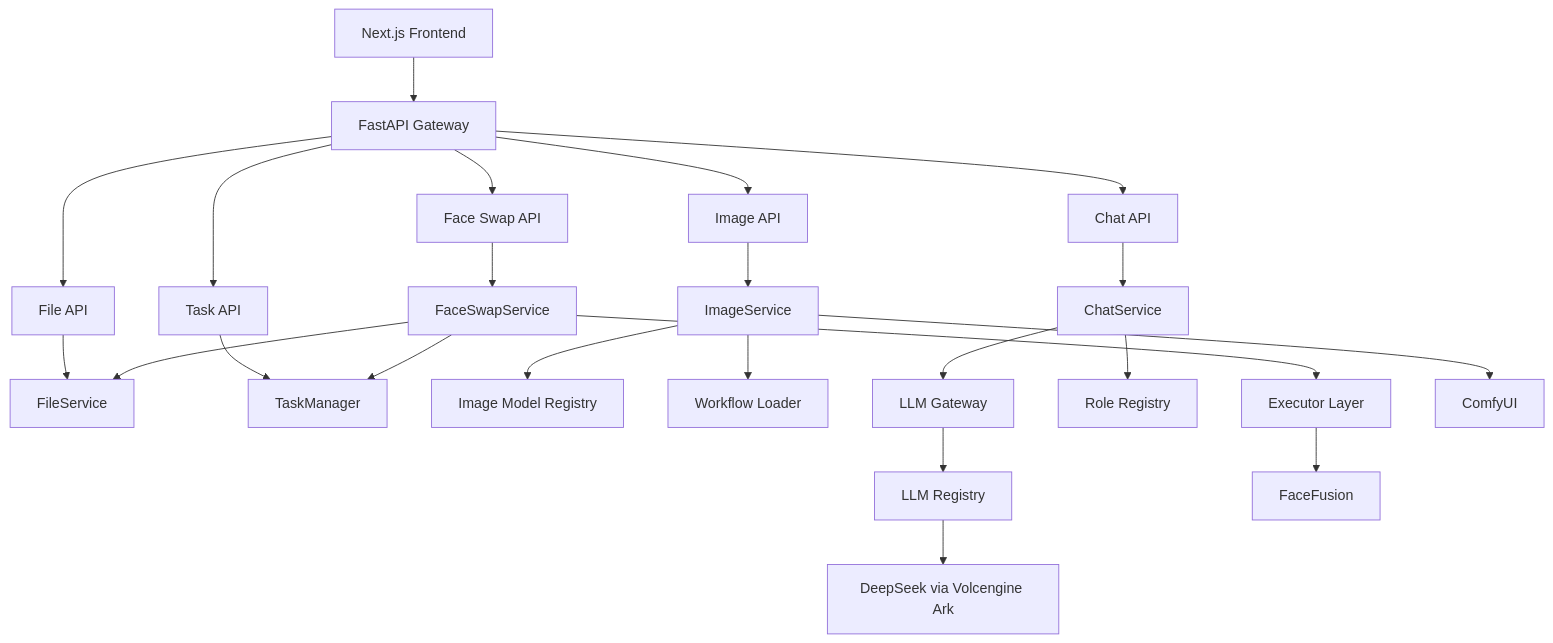
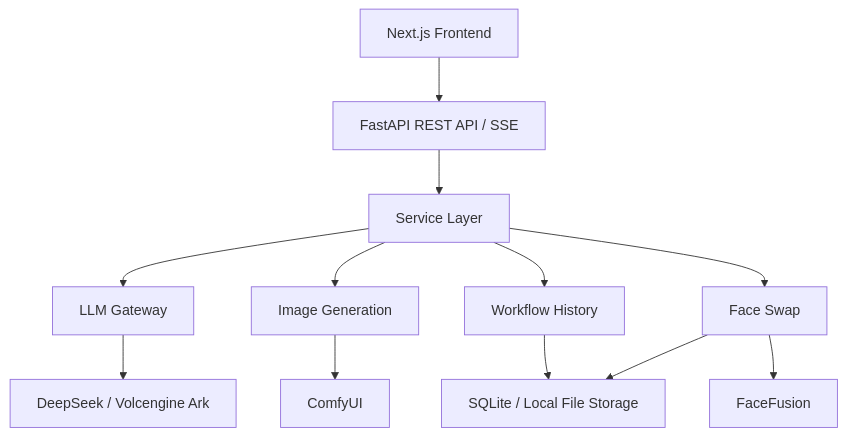
One commit to STAJJJ/AI-Studio changed the diagram in README.md. Above: the diagram before and after it, drawn with Mermaid. The commit also changed other lines of this file and 18 other files, not shown here.

````diff
--- a/README.md
+++ b/README.md
@@ -65,55 +56,26 @@
 ```mermaid
 flowchart TD
     Frontend["Next.js Frontend"]
-    Gateway["FastAPI Gateway"]
-
-    ImageAPI["Image API"]
-    FaceAPI["Face Swap API"]
-    ChatAPI["Chat API"]
-    FileAPI["File API"]
-    TaskAPI["Task API"]
-
-    ImageService["ImageService"]
-    FaceService["FaceSwapService"]
-    ChatService["ChatService"]
-    FileService["FileService"]
-    TaskManager["TaskManager"]
-
-    ImageRegistry["Image Model Registry"]
-    WorkflowLoader["Workflow Loader"]
-    LLMGateway["LLM Gateway"]
-    LLMRegistry["LLM Registry"]
-    RoleRegistry["Role Registry"]
-    Executor["Executor Layer"]
-
+    API["FastAPI REST API / SSE"]
+    Service["Service Layer"]
+    Chat["LLM Gateway"]
+    Image["Image Generation"]
+    Face["Face Swap"]
+    History["Workflow History"]
+    Storage["SQLite / Local File Storage"]
+    DeepSeek["DeepSeek / Volcengine Ark"]
     ComfyUI["ComfyUI"]
     FaceFusion["FaceFusion"]
-    DeepSeek["DeepSeek via Volcengine Ark"]
 
-    Frontend --> Gateway
-    Gateway --> ImageAPI
-    Gateway --> FaceAPI
-    Gateway --> ChatAPI
-    Gateway --> FileAPI
-    Gateway --> TaskAPI
-
-    ImageAPI --> ImageService
-    FaceAPI --> FaceService
-    ChatAPI --> ChatService
-    FileAPI --> FileService
-    TaskAPI --> TaskManager
-
-    ImageService --> ImageRegistry
-    ImageService --> WorkflowLoader
-    ImageService --> ComfyUI
-
-    FaceService --> FileService
-    FaceService --> TaskManager
-    FaceService --> Executor
-    Executor --> FaceFusion
-
-    ChatService --> RoleRegistry
-    ChatService --> LLMGateway
-    LLMGateway --> LLMRegistry
-    LLMRegistry --> DeepSeek
+    Frontend --> API
+    API --> Service
+    Service --> Chat
+    Service --> Image
+    Service --> Face
+    Service --> History
+    History --> Storage
+    Face --> Storage
+    Chat --> DeepSeek
+    Image --> ComfyUI
+    Face --> FaceFusion
 ```
````
